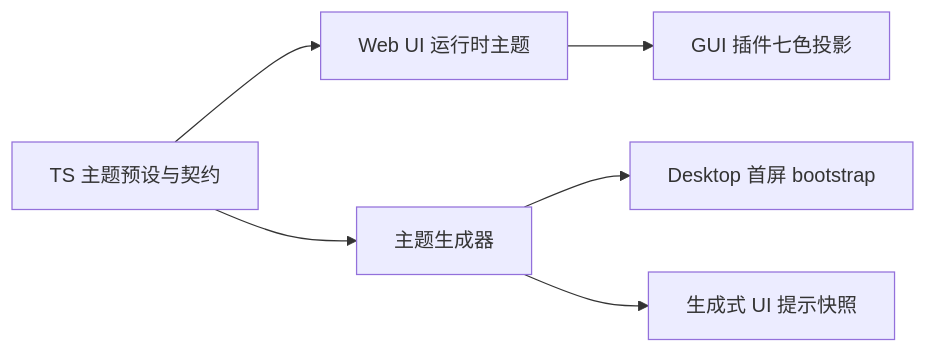
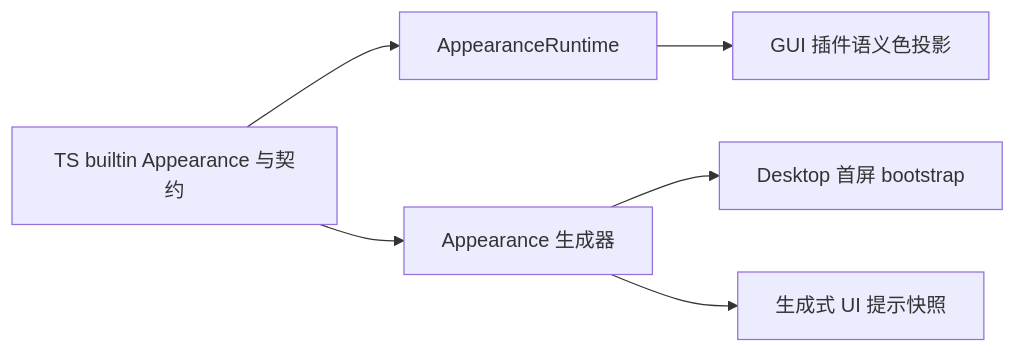
One commit to 1688mengdie/BitFun changed the diagram in docs/architecture/theme-token-optimization.md. Above: the diagram before and after it, drawn with Mermaid. The commit also changed other lines of this file and 49 other files, not shown here.

````diff
--- a/docs/architecture/theme-token-optimization.md
+++ b/docs/architecture/theme-token-optimization.md
@@ -44,8 +44,8 @@
 ```mermaid
 flowchart LR
-  Source["TS 主题预设与契约"] --> Runtime["Web UI 运行时主题"]
-  Source --> Generator["主题生成器"]
+  Source["TS builtin Appearance 与契约"] --> Runtime["AppearanceRuntime"]
+  Source --> Generator["Appearance 生成器"]
   Generator --> Bootstrap["Desktop 首屏 bootstrap"]
   Generator --> Prompt["生成式 UI 提示快照"]
-  Runtime --> Projection["GUI 插件七色投影"]
+  Runtime --> Projection["GUI 插件语义色投影"]
 ```
````
